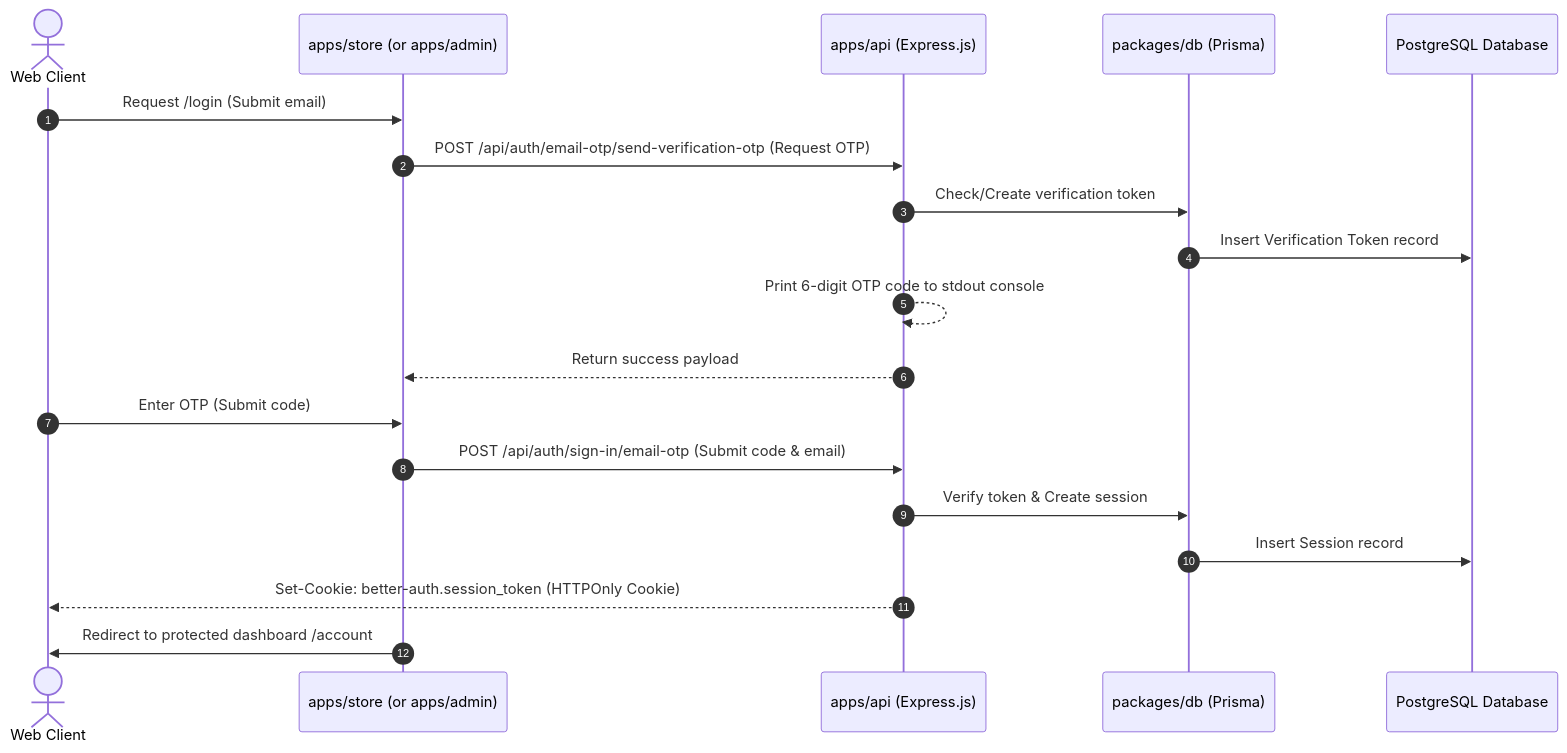
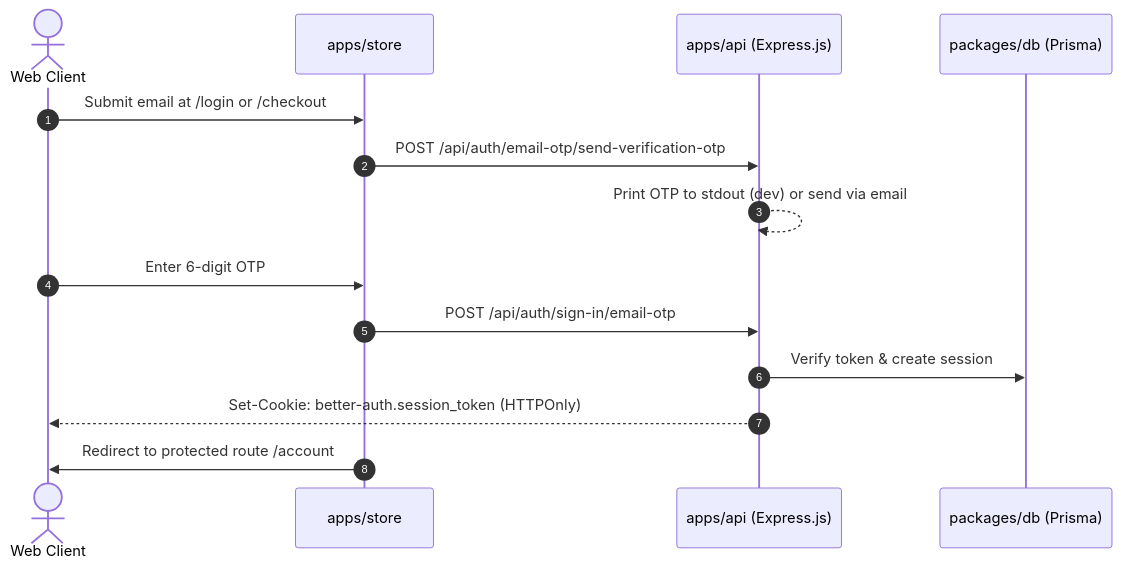
One commit to MiProgStuff/ecommerce_caguei changed the first of 2 diagrams in docs/architecture.md. Above: the diagram before and after it, drawn with Mermaid. The commit also changed other lines of this file and 26 other files, not shown here.

````diff
--- a/docs/architecture.md
+++ b/docs/architecture.md
@@ -28,22 +30,17 @@
 ```mermaid
 sequenceDiagram
     autonumber
     actor User as Web Client
-    participant FE as apps/store (or apps/admin)
+    participant FE as apps/store
     participant API as apps/api (Express.js)
     participant DB as packages/db (Prisma)
-    participant PG as PostgreSQL Database
 
-    User->>FE: Request /login (Submit email)
-    FE->>API: POST /api/auth/email-otp/send-verification-otp (Request OTP)
-    API->>DB: Check/Create verification token
-    DB->>PG: Insert Verification Token record
-    API-->>API: Print 6-digit OTP code to stdout console
-    API-->>FE: Return success payload
-    User->>FE: Enter OTP (Submit code)
-    FE->>API: POST /api/auth/sign-in/email-otp (Submit code & email)
-    API->>DB: Verify token & Create session
-    DB->>PG: Insert Session record
-    API-->>User: Set-Cookie: better-auth.session_token (HTTPOnly Cookie)
-    FE->>User: Redirect to protected dashboard /account
+    User->>FE: Submit email at /login or /checkout
+    FE->>API: POST /api/auth/email-otp/send-verification-otp
+    API-->>API: Print OTP to stdout (dev) or send via email
+    User->>FE: Enter 6-digit OTP
+    FE->>API: POST /api/auth/sign-in/email-otp
+    API->>DB: Verify token & create session
+    API-->>User: Set-Cookie: better-auth.session_token (HTTPOnly)
+    FE->>User: Redirect to protected route /account
 ```
````
